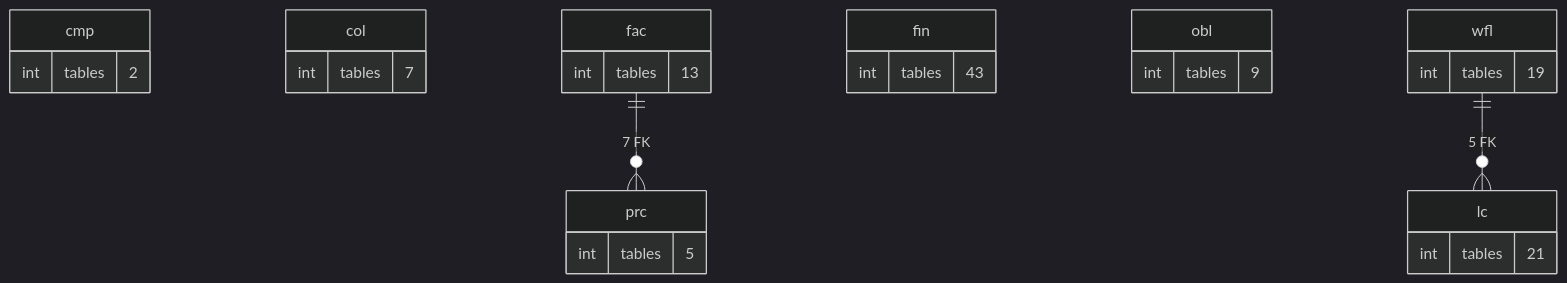
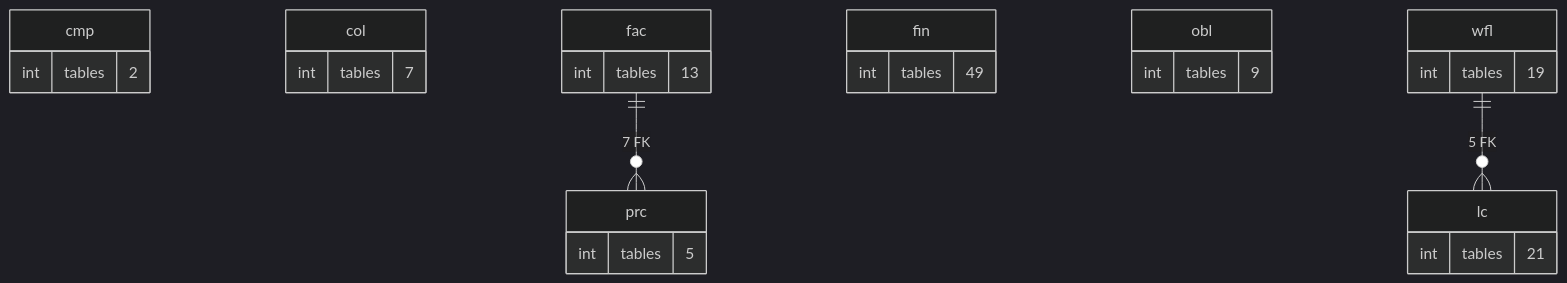
The diagram in treasury-platform/docs/diagrams/erd/schema_map_2.mmd (thawrasy/smartlines), drawn with Mermaid (dark theme) before and after one commit. The commit also changed 163 other files, not shown here.

```diff
--- a/treasury-platform/docs/diagrams/erd/schema_map_2.mmd
+++ b/treasury-platform/docs/diagrams/erd/schema_map_2.mmd
@@ -1,28 +1,28 @@
 %% التسهيلات والعمليات: التسعير والضمانات والالتزامات والبيانات المالية والطلبات والاعتمادات: العلاقة = عدد المفاتيح الأجنبية بين المخططين (≥ 5)
 erDiagram
   cmp {
     int tables "2"
   }
   col {
     int tables "7"
   }
   fac {
     int tables "13"
   }
   fin {
-    int tables "43"
+    int tables "49"
   }
   lc {
     int tables "21"
   }
   obl {
     int tables "9"
   }
   prc {
     int tables "5"
   }
   wfl {
     int tables "19"
   }
   fac ||--o{ prc : "7 FK"
   wfl ||--o{ lc : "5 FK"
```
